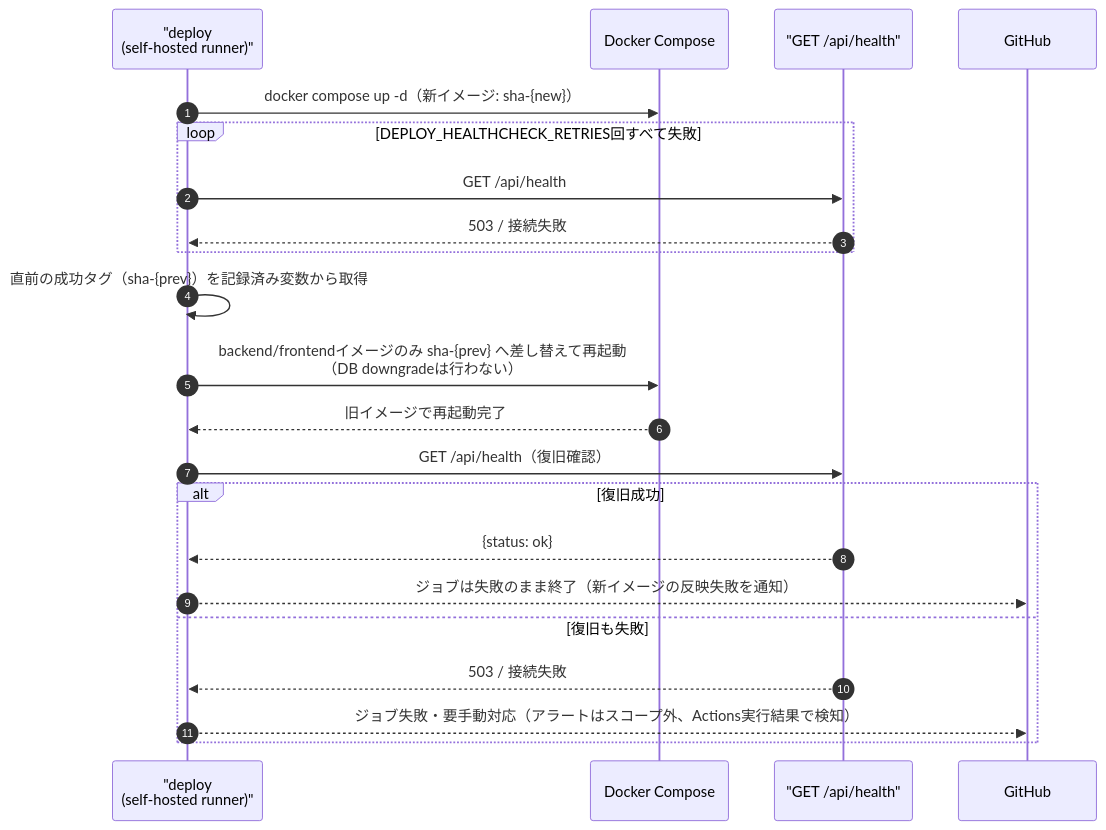
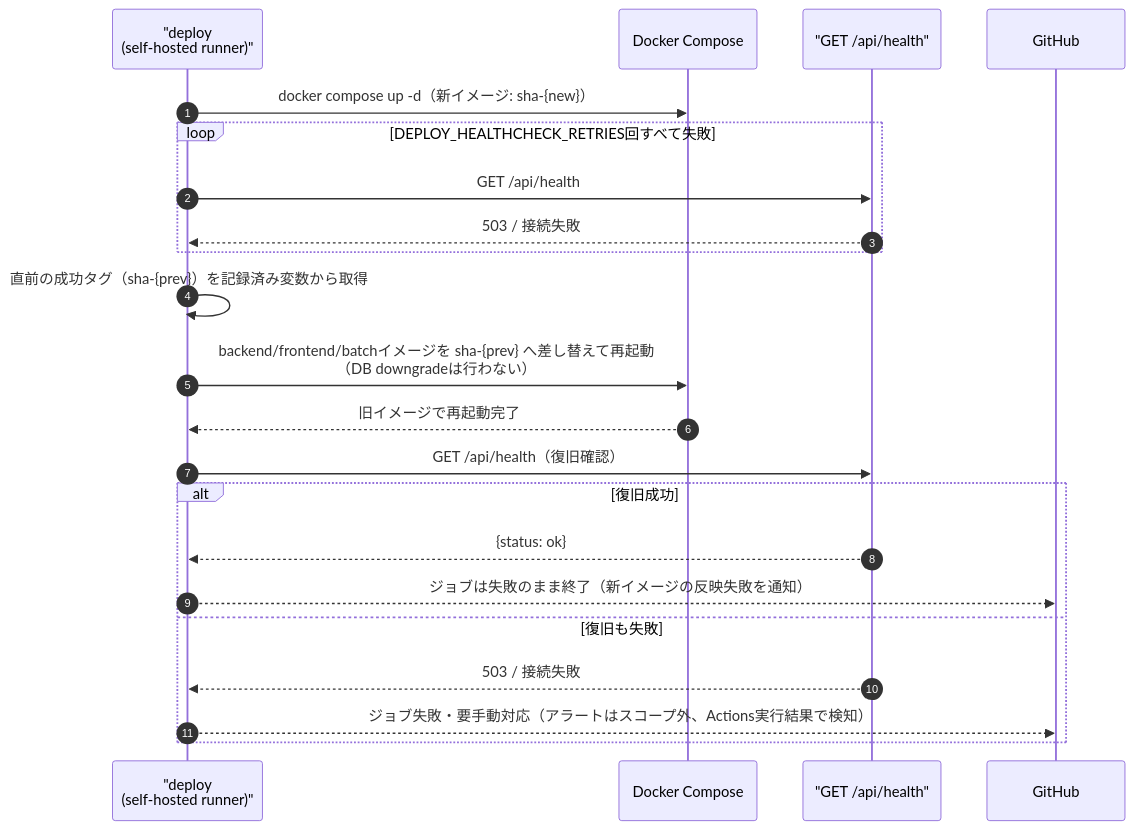
Before and after one commit to oikawa-d/task_management: the second of 5 diagrams in detailed_design/infra/06_cd_workflow.md, drawn with Mermaid. The commit also changed other lines of this file and 3 other files, not shown here.

````diff
--- a/detailed_design/infra/06_cd_workflow.md
+++ b/detailed_design/infra/06_cd_workflow.md
@@ -94,25 +94,25 @@
 ```mermaid
 sequenceDiagram
     autonumber
     participant SELF as "deploy<br/>(self-hosted runner)"
     participant DC as Docker Compose
     participant HC as "GET /api/health"
     participant GH as GitHub
 
     SELF->>DC: docker compose up -d（新イメージ: sha-{new}）
     loop DEPLOY_HEALTHCHECK_RETRIES回すべて失敗
         SELF->>HC: GET /api/health
         HC-->>SELF: 503 / 接続失敗
     end
     SELF->>SELF: 直前の成功タグ（sha-{prev}）を記録済み変数から取得
-    SELF->>DC: backend/frontendイメージのみ sha-{prev} へ差し替えて再起動<br/>（DB downgradeは行わない）
+    SELF->>DC: backend/frontend/batchイメージを sha-{prev} へ差し替えて再起動<br/>（DB downgradeは行わない）
     DC-->>SELF: 旧イメージで再起動完了
     SELF->>HC: GET /api/health（復旧確認）
     alt 復旧成功
         HC-->>SELF: {status: ok}
         SELF-->>GH: ジョブは失敗のまま終了（新イメージの反映失敗を通知）
     else 復旧も失敗
         HC-->>SELF: 503 / 接続失敗
         SELF-->>GH: ジョブ失敗・要手動対応（アラートはスコープ外、Actions実行結果で検知）
     end
 ```
````
